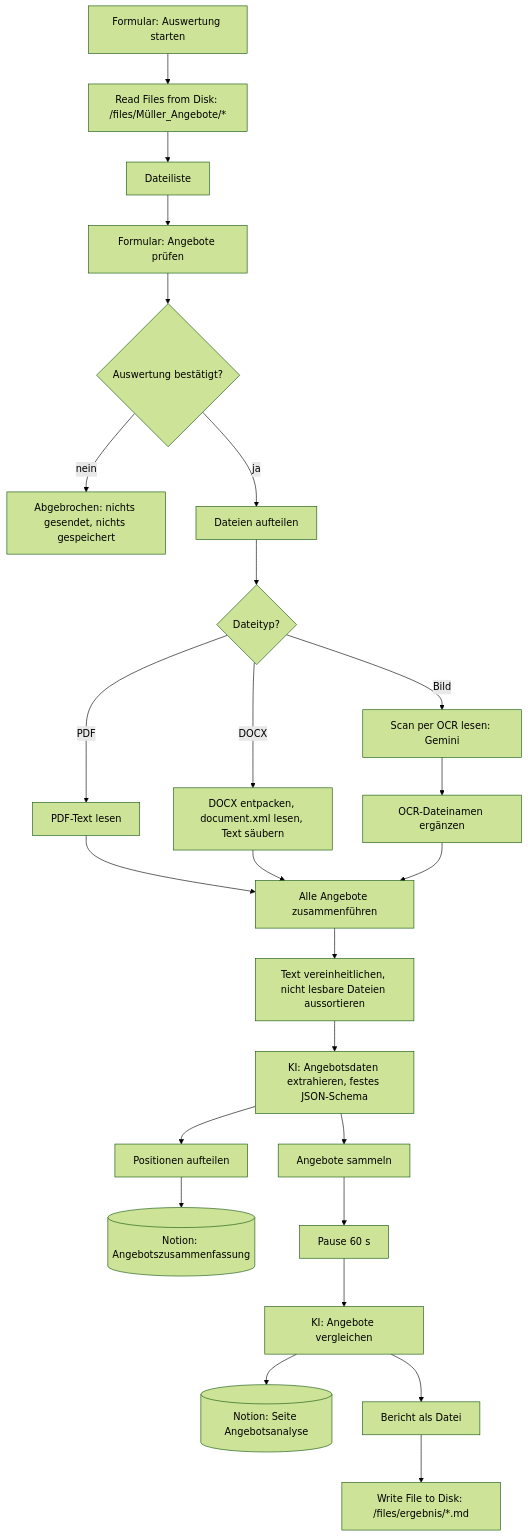
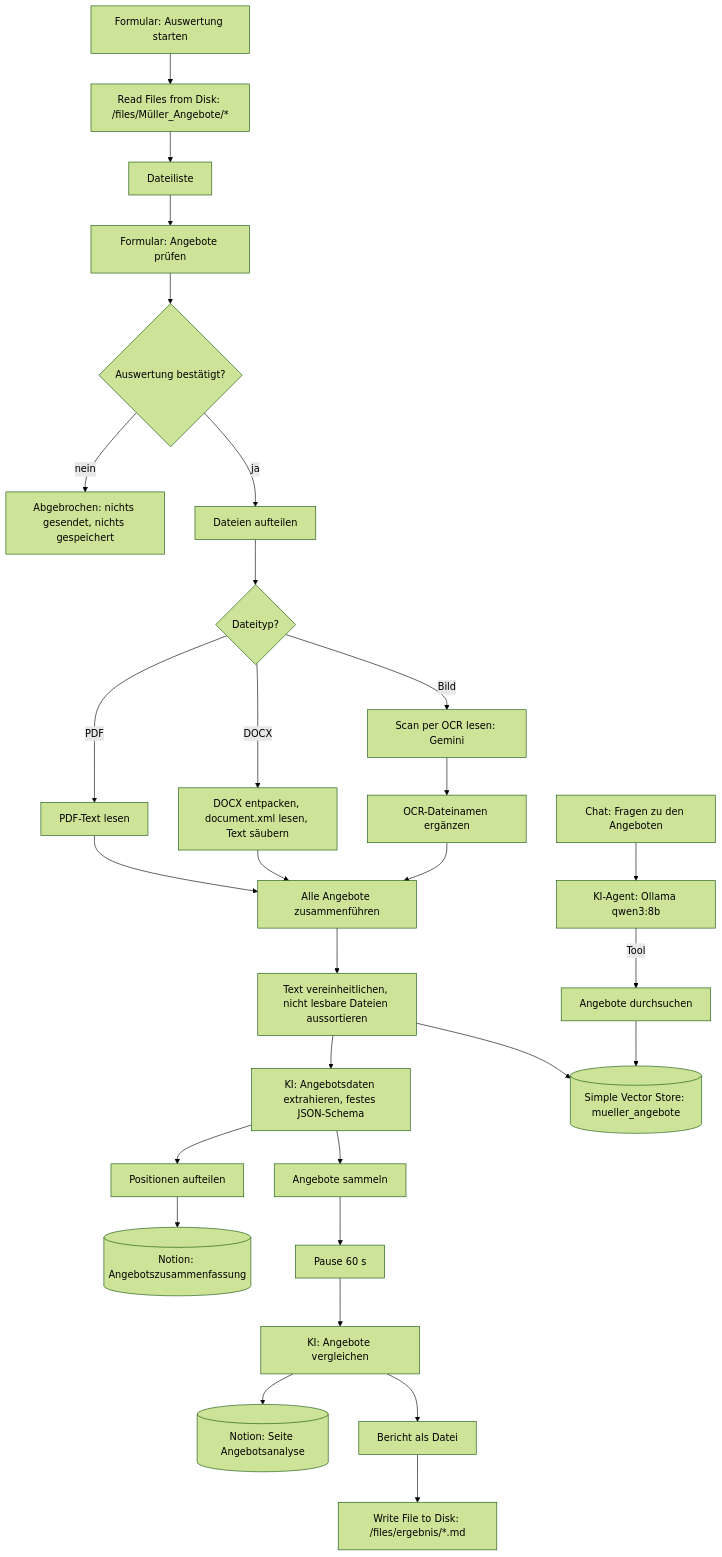
One commit to Oliver3110/n8n-angebotsauswertung-bau changed the diagram in README.md. Above: the diagram before and after it, drawn with Mermaid (forest theme). The commit also changed other lines of this file and 2 other files, not shown here.

Commit message:
RAG-Erweiterung: Wissensbasis, Chat mit Ollama, Testergebnisse

````diff
--- a/README.md
+++ b/README.md
@@ -30,22 +32,25 @@
 ```mermaid
 flowchart TD
     A[Formular: Auswertung starten] --> B[Read Files from Disk: /files/Müller_Angebote/*]
     B --> C[Dateiliste]
     C --> D[Formular: Angebote prüfen]
     D --> E{Auswertung bestätigt?}
     E -- nein --> X[Abgebrochen: nichts gesendet, nichts gespeichert]
     E -- ja --> F[Dateien aufteilen]
     F --> G{Dateityp?}
     G -- PDF --> H[PDF-Text lesen]
     G -- DOCX --> I[DOCX entpacken, document.xml lesen, Text säubern]
     G -- Bild --> J[Scan per OCR lesen: Gemini] --> J2[OCR-Dateinamen ergänzen]
     H --> K[Alle Angebote zusammenführen]
     I --> K
     J2 --> K
     K --> L[Text vereinheitlichen, nicht lesbare Dateien aussortieren]
     L --> M[KI: Angebotsdaten extrahieren, festes JSON-Schema]
     M --> N[Positionen aufteilen] --> O[(Notion: Angebotszusammenfassung)]
     M --> P[Angebote sammeln] --> Q[Pause 60 s] --> R[KI: Angebote vergleichen]
     R --> S[(Notion: Seite Angebotsanalyse)]
     R --> T[Bericht als Datei] --> U[Write File to Disk: /files/ergebnis/*.md]
+    L --> V[(Simple Vector Store: mueller_angebote)]
+    W[Chat: Fragen zu den Angeboten] --> Y[KI-Agent: Ollama qwen3:8b]
+    Y -- Tool --> Z[Angebote durchsuchen] --> V
 ```
````
